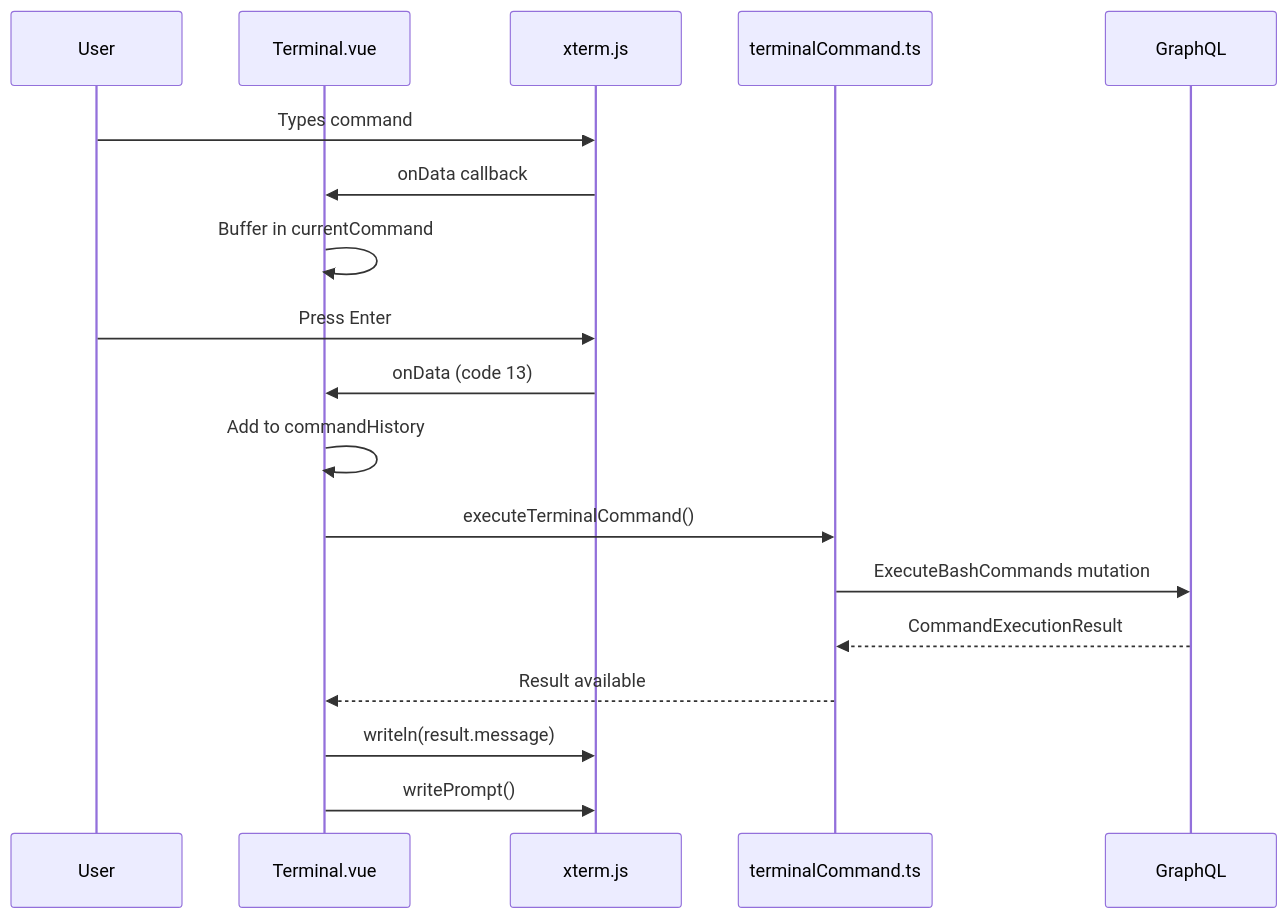
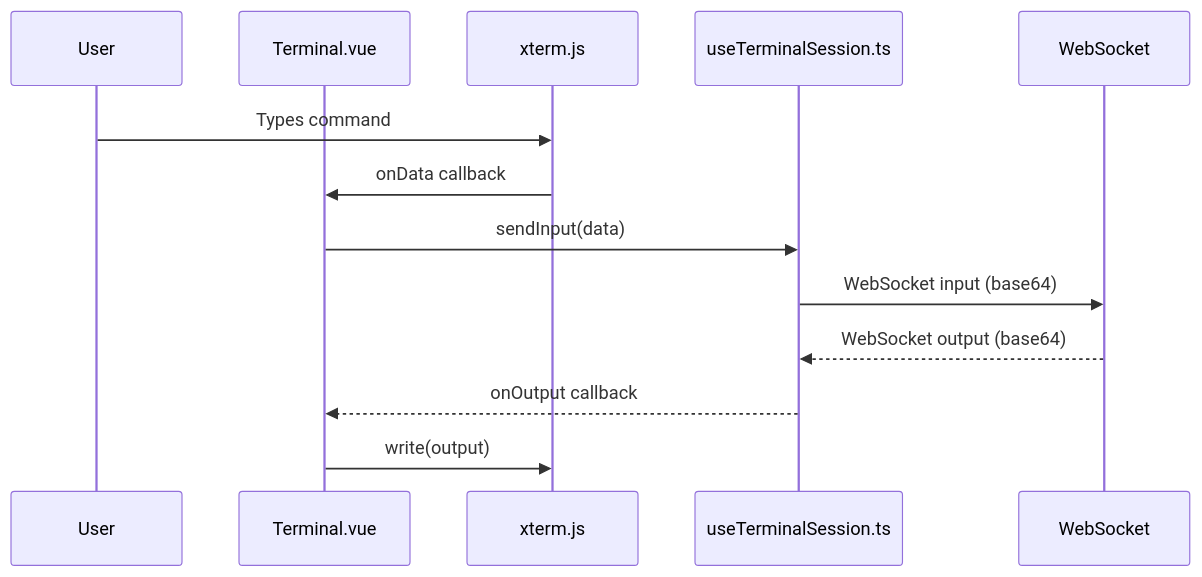
Before and after one commit to AutoByteus/autobyteus-web: the second of 2 diagrams in docs/terminal.md, drawn with Mermaid. The commit also changed other lines of this file and 16 other files, not shown here.

````diff
--- a/docs/terminal.md
+++ b/docs/terminal.md
@@ -105,21 +92,16 @@
 ```mermaid
 sequenceDiagram
     participant User
     participant Terminal as Terminal.vue
     participant XTerm as xterm.js
-    participant Store as terminalCommand.ts
-    participant Backend as GraphQL
+    participant Session as useTerminalSession.ts
+    participant Backend as WebSocket
 
     User->>XTerm: Types command
     XTerm->>Terminal: onData callback
-    Terminal->>Terminal: Buffer in currentCommand
-    User->>XTerm: Press Enter
-    XTerm->>Terminal: onData (code 13)
-    Terminal->>Terminal: Add to commandHistory
-    Terminal->>Store: executeTerminalCommand()
-    Store->>Backend: ExecuteBashCommands mutation
-    Backend-->>Store: CommandExecutionResult
-    Store-->>Terminal: Result available
-    Terminal->>XTerm: writeln(result.message)
-    Terminal->>XTerm: writePrompt()
+    Terminal->>Session: sendInput(data)
+    Session->>Backend: WebSocket input (base64)
+    Backend-->>Session: WebSocket output (base64)
+    Session-->>Terminal: onOutput callback
+    Terminal->>XTerm: write(output)
 ```
````
